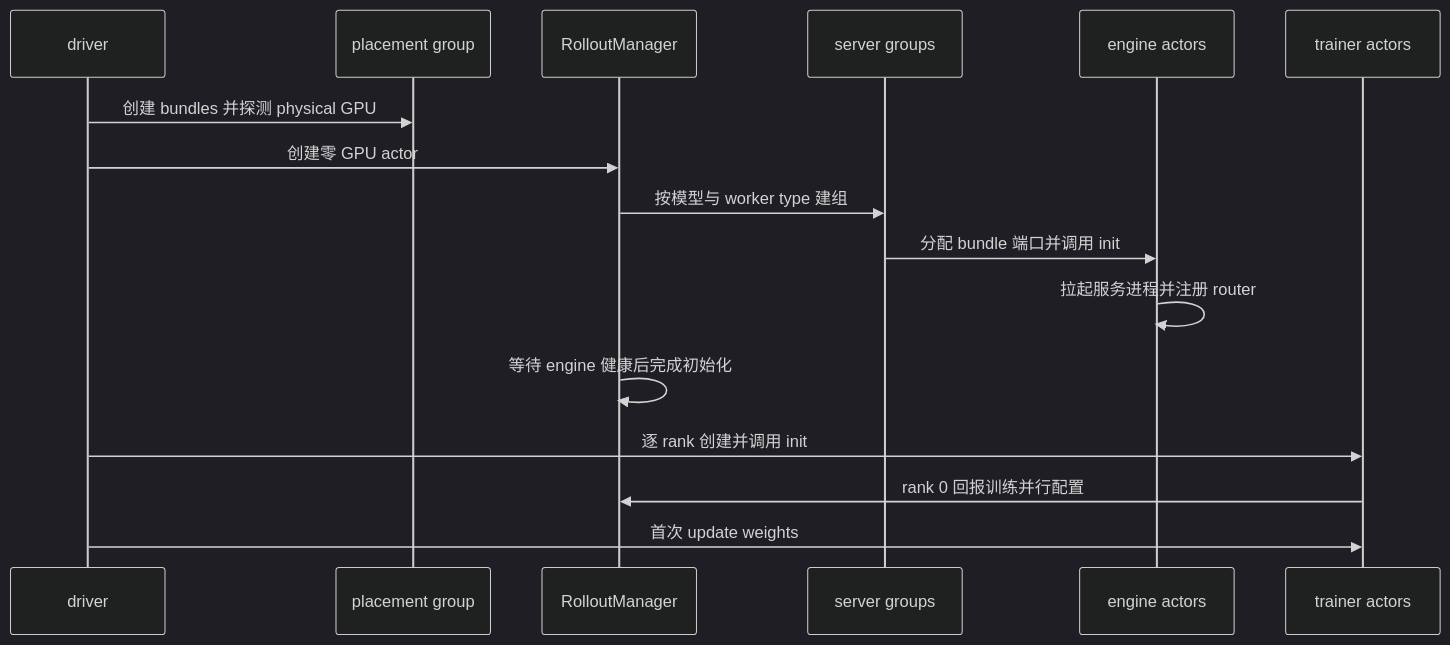
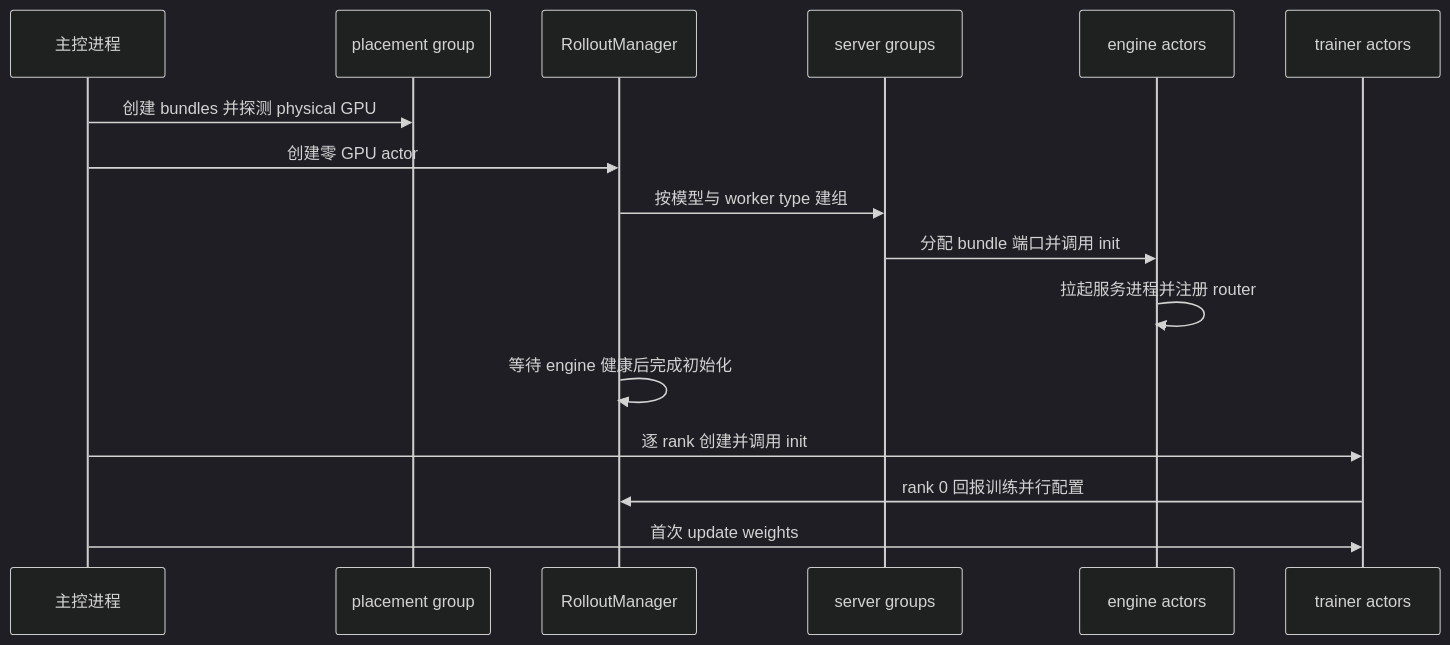
One commit to suhaibo666/llm-knowledge changed the second of 3 diagrams in wiki/02_engineering/04_posttrain_frameworks/slime/11_slime_ray_control_plane_analysis.md. Above: the diagram before and after it, drawn with Mermaid (dark theme). The commit also changed other lines of this file and 21 other files, not shown here.

````diff
--- a/wiki/02_engineering/04_posttrain_frameworks/slime/11_slime_ray_control_plane_analysis.md
+++ b/wiki/02_engineering/04_posttrain_frameworks/slime/11_slime_ray_control_plane_analysis.md
@@ -73,18 +73,18 @@
 ```mermaid
 sequenceDiagram
-    participant D as driver
+    participant D as 主控进程
     participant PG as placement group
     participant RM as RolloutManager
     participant SG as server groups
     participant EA as engine actors
     participant TA as trainer actors
     D->>PG: 创建 bundles 并探测 physical GPU
     D->>RM: 创建零 GPU actor
     RM->>SG: 按模型与 worker type 建组
     SG->>EA: 分配 bundle 端口并调用 init
     EA->>EA: 拉起服务进程并注册 router
     RM->>RM: 等待 engine 健康后完成初始化
     D->>TA: 逐 rank 创建并调用 init
     TA->>RM: rank 0 回报训练并行配置
     D->>TA: 首次 update weights
 ```
````
